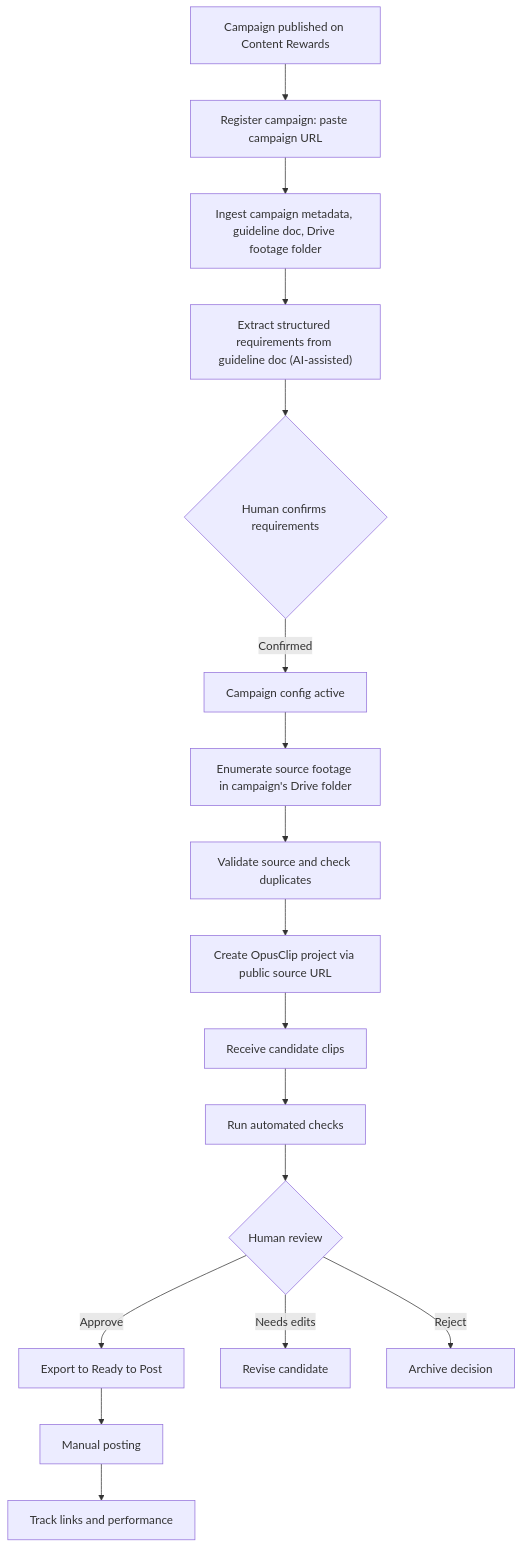
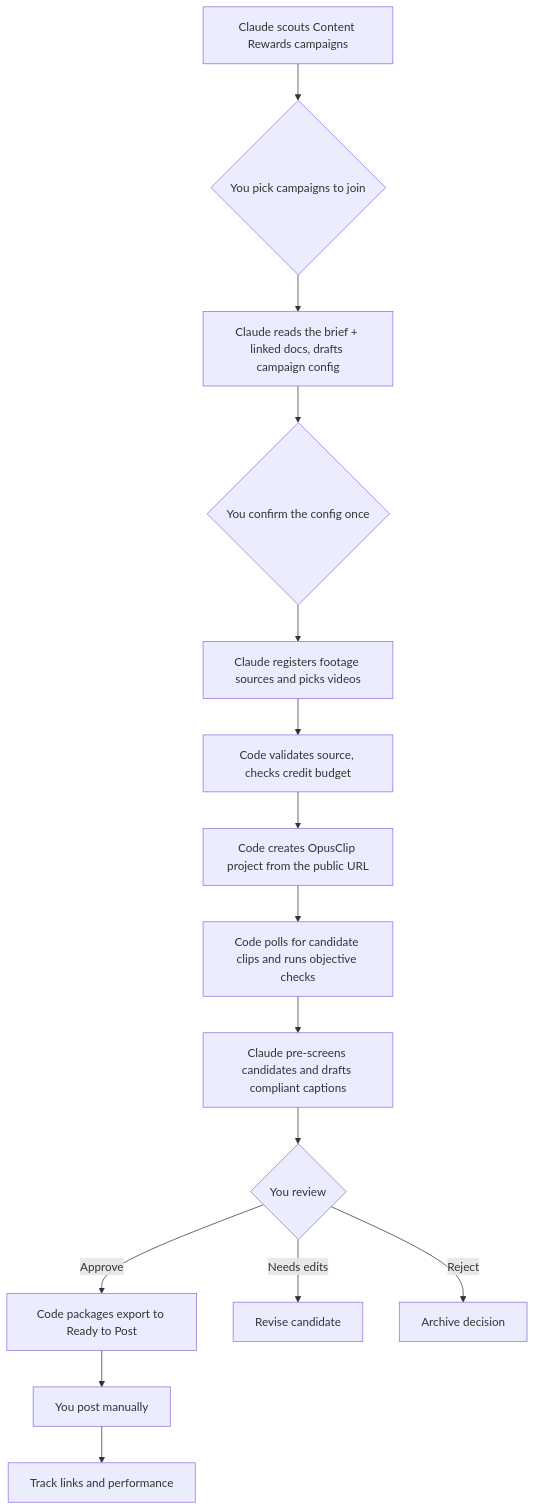
The diagram in README.md (misterhedrick/clipper), drawn with Mermaid before and after one commit. The commit also changed other lines of this file and 14 other files, not shown here.

````diff
--- a/README.md
+++ b/README.md
@@ -50,19 +54,17 @@
 ```mermaid
 flowchart TD
-  A["Campaign published on Content Rewards"] --> B["Register campaign: paste campaign URL"]
-  B --> C["Ingest campaign metadata, guideline doc, Drive footage folder"]
-  C --> D["Extract structured requirements from guideline doc (AI-assisted)"]
-  D --> E{"Human confirms requirements"}
-  E -->|Confirmed| F["Campaign config active"]
-  F --> G["Enumerate source footage in campaign's Drive folder"]
-  G --> H["Validate source and check duplicates"]
-  H --> I["Create OpusClip project via public source URL"]
-  I --> J["Receive candidate clips"]
-  J --> K["Run automated checks"]
-  K --> L{"Human review"}
-  L -->|Approve| M["Export to Ready to Post"]
-  L -->|Needs edits| N["Revise candidate"]
-  L -->|Reject| O["Archive decision"]
-  M --> P["Manual posting"]
-  P --> Q["Track links and performance"]
+  A["Claude scouts Content Rewards campaigns"] --> B{"You pick campaigns to join"}
+  B --> C["Claude reads the brief + linked docs, drafts campaign config"]
+  C --> D{"You confirm the config once"}
+  D --> E["Claude registers footage sources and picks videos"]
+  E --> F["Code validates source, checks credit budget"]
+  F --> G["Code creates OpusClip project from the public URL"]
+  G --> H["Code polls for candidate clips and runs objective checks"]
+  H --> I["Claude pre-screens candidates and drafts compliant captions"]
+  I --> J{"You review"}
+  J -->|Approve| K["Code packages export to Ready to Post"]
+  J -->|Needs edits| L["Revise candidate"]
+  J -->|Reject| M["Archive decision"]
+  K --> N["You post manually"]
+  N --> O["Track links and performance"]
 ```
````
